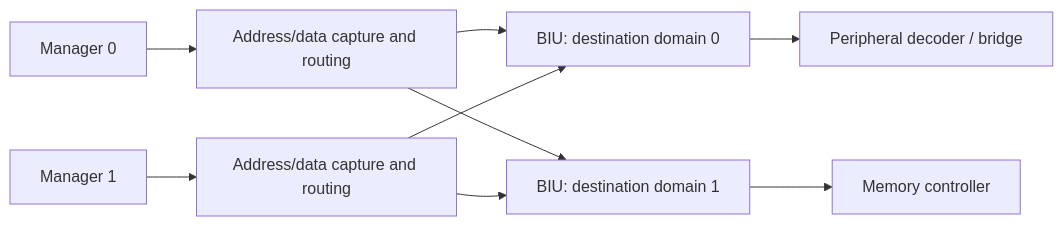
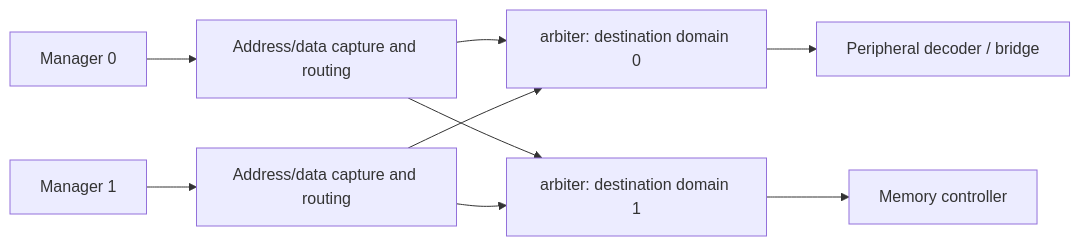
Before and after one commit to PreviousVOD/VexJ2: the diagram in docs/ahb5.md, drawn with Mermaid. The commit also changed other lines of this file and 49 other files, not shown here.

````diff
--- a/docs/ahb5.md
+++ b/docs/ahb5.md
@@ -94,11 +110,11 @@
 ```mermaid
 flowchart LR
   M0[Manager 0] --> I0[Address/data capture and routing]
   M1[Manager 1] --> I1[Address/data capture and routing]
-  I0 --> B0[BIU: destination domain 0]
-  I0 --> B1[BIU: destination domain 1]
+  I0 --> B0[arbiter: destination domain 0]
+  I0 --> B1[arbiter: destination domain 1]
   I1 --> B0
   I1 --> B1
   B0 --> P[Peripheral decoder / bridge]
   B1 --> E[Memory controller]
 ```
````
